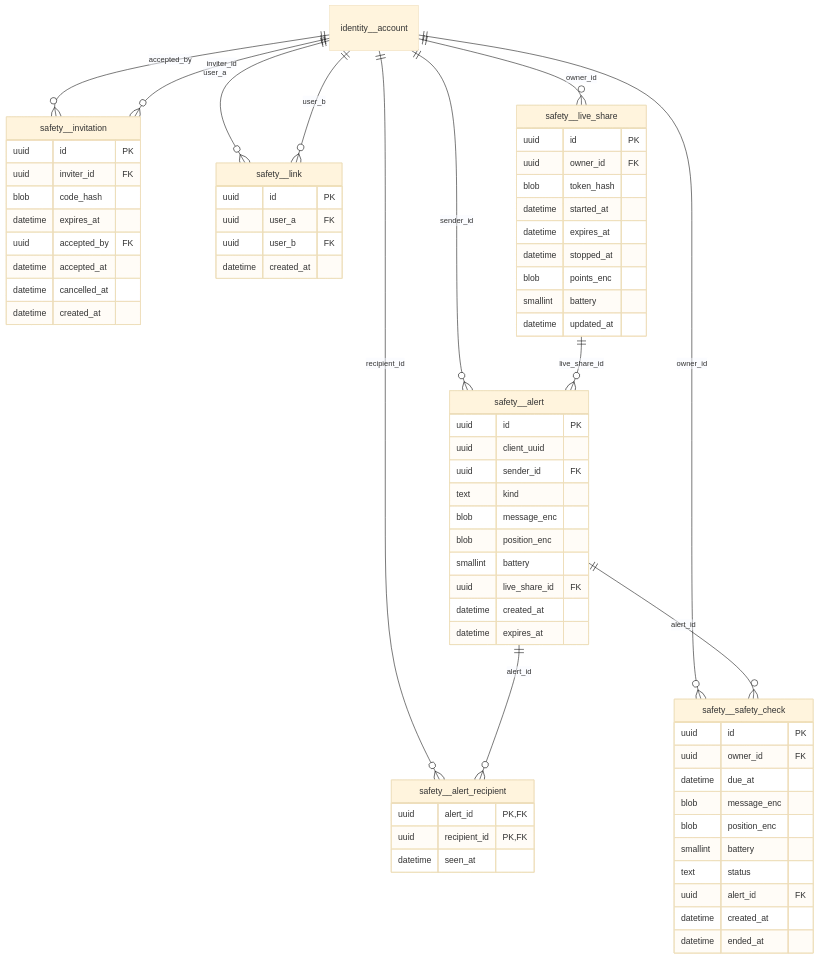
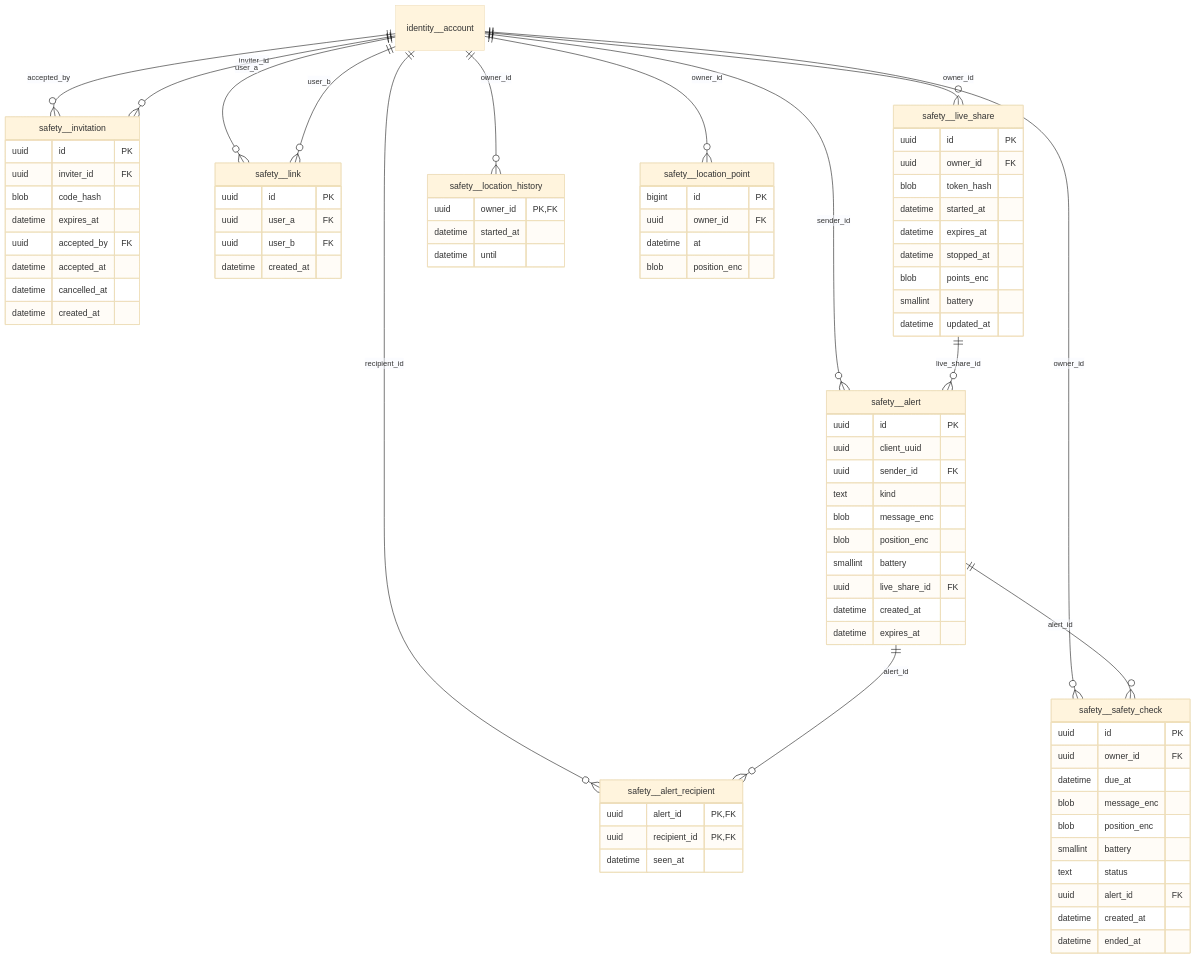
One commit to mouhabouk/E-HIMAYA changed diagram 17 of 19 in docs/erd.md. Above: the diagram before and after it, drawn with Mermaid (base theme). The commit also changed other lines of this file and 20 other files, not shown here.

First line of the commit message:
API: medical file attached to a report, 72-hour location history (phase B2)

```diff
--- a/docs/erd.md
+++ b/docs/erd.md
@@ -1332,6 +1338,17 @@
         smallint battery
         datetime updated_at
     }
+    safety__location_history {
+        uuid owner_id PK,FK
+        datetime started_at
+        datetime until
+    }
+    safety__location_point {
+        bigint id PK
+        uuid owner_id FK
+        datetime at
+        blob position_enc
+    }
     safety__safety_check {
         uuid id PK
         uuid owner_id FK
@@ -1351,6 +1368,8 @@
     identity__account ||--o{ safety__link : "user_a"
     identity__account ||--o{ safety__link : "user_b"
     identity__account ||--o{ safety__live_share : "owner_id"
+    identity__account ||--o{ safety__location_history : "owner_id"
+    identity__account ||--o{ safety__location_point : "owner_id"
     identity__account ||--o{ safety__safety_check : "owner_id"
     safety__alert ||--o{ safety__alert_recipient : "alert_id"
     safety__alert ||--o{ safety__safety_check : "alert_id"
```
